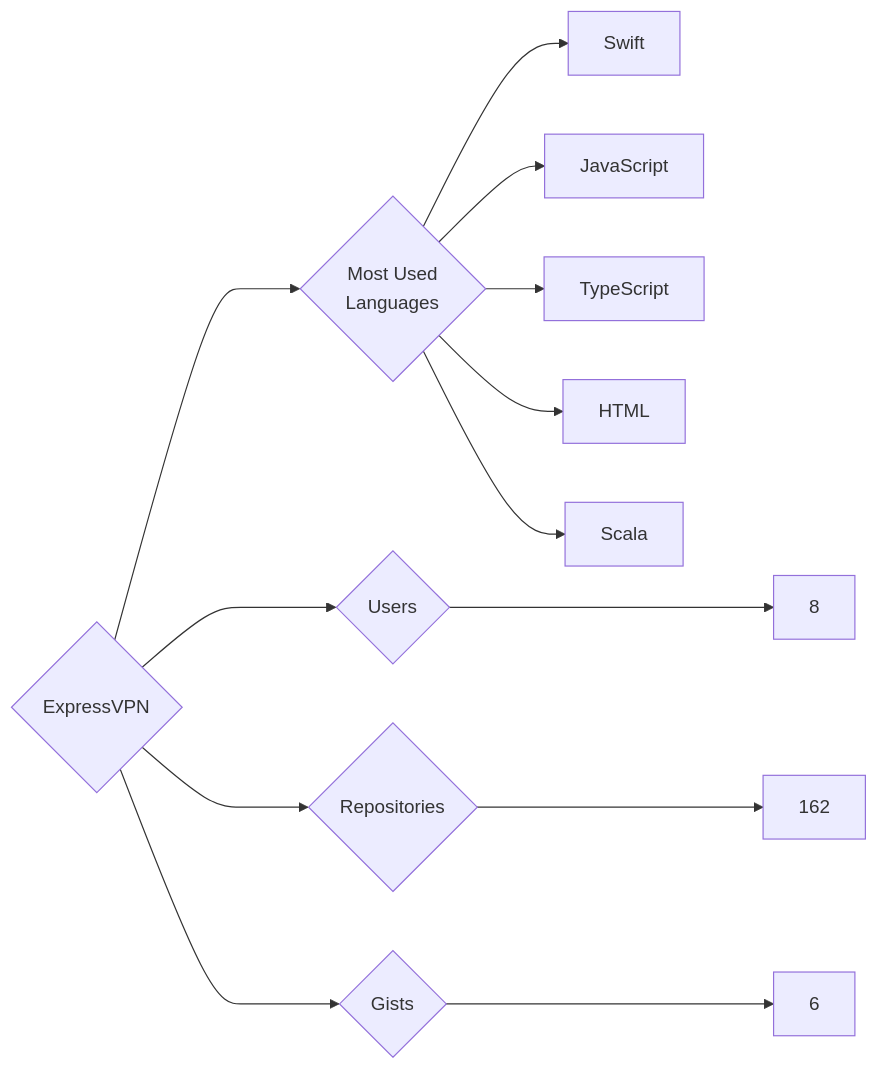
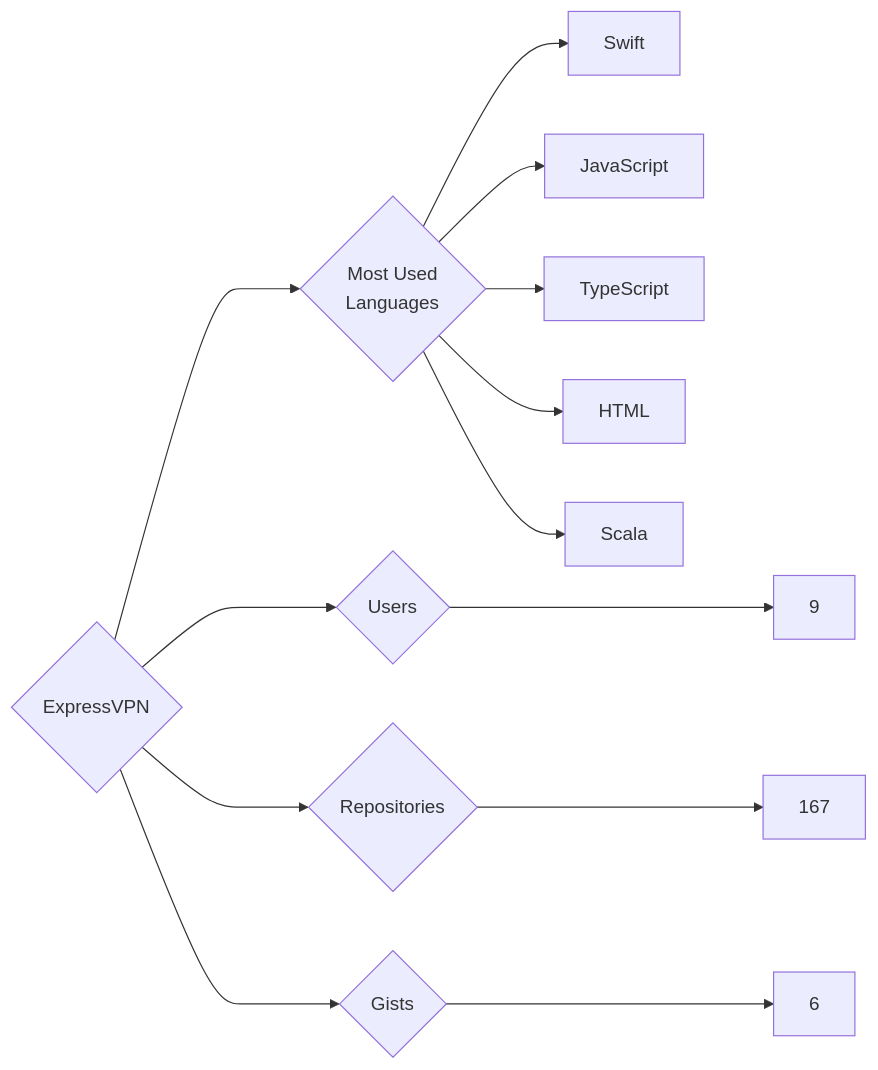
The diagram in targets/ExpressVPN/README.md (trickest/insiders), drawn with Mermaid before and after one commit. The commit also changed 815 other files, not shown here.

````diff
--- a/targets/ExpressVPN/README.md
+++ b/targets/ExpressVPN/README.md
@@ -3,13 +3,13 @@
 ```mermaid
 graph LR
 COMPANY_NAME{ExpressVPN}
-COMPANY_NAME ---> U{Users} ---> UN[8]
-COMPANY_NAME ---> R{Repositories} ---> RN[162]
+COMPANY_NAME ---> U{Users} ---> UN[9]
+COMPANY_NAME ---> R{Repositories} ---> RN[167]
 COMPANY_NAME ---> G{Gists} ---> GN[6]
 COMPANY_NAME ---> ML{Most Used<br>Languages}
 ML --> Swift[Swift]
 ML --> JavaScript[JavaScript]
 ML --> TypeScript[TypeScript]
 ML --> HTML[HTML]
 ML --> Scala[Scala]
 ```
````
